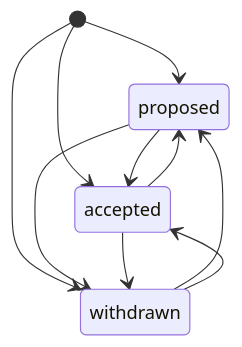
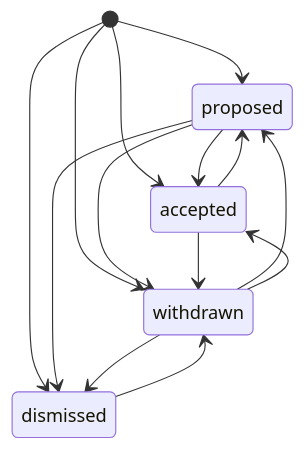
The third of 4 diagrams in docs/states.md (cheapseatsdev/cheapseats), drawn with Mermaid before and after one commit. The commit also changed other lines of this file and 15 other files, not shown here.

````diff
--- a/docs/states.md
+++ b/docs/states.md
@@ -71,12 +73,16 @@
 ```mermaid
 stateDiagram-v2
     [*] --> proposed
     [*] --> accepted
     [*] --> withdrawn
+    [*] --> dismissed
     proposed --> accepted
     proposed --> withdrawn
+    proposed --> dismissed
     accepted --> proposed
     accepted --> withdrawn
     withdrawn --> proposed
     withdrawn --> accepted
+    withdrawn --> dismissed
+    dismissed --> withdrawn
 ```
````
